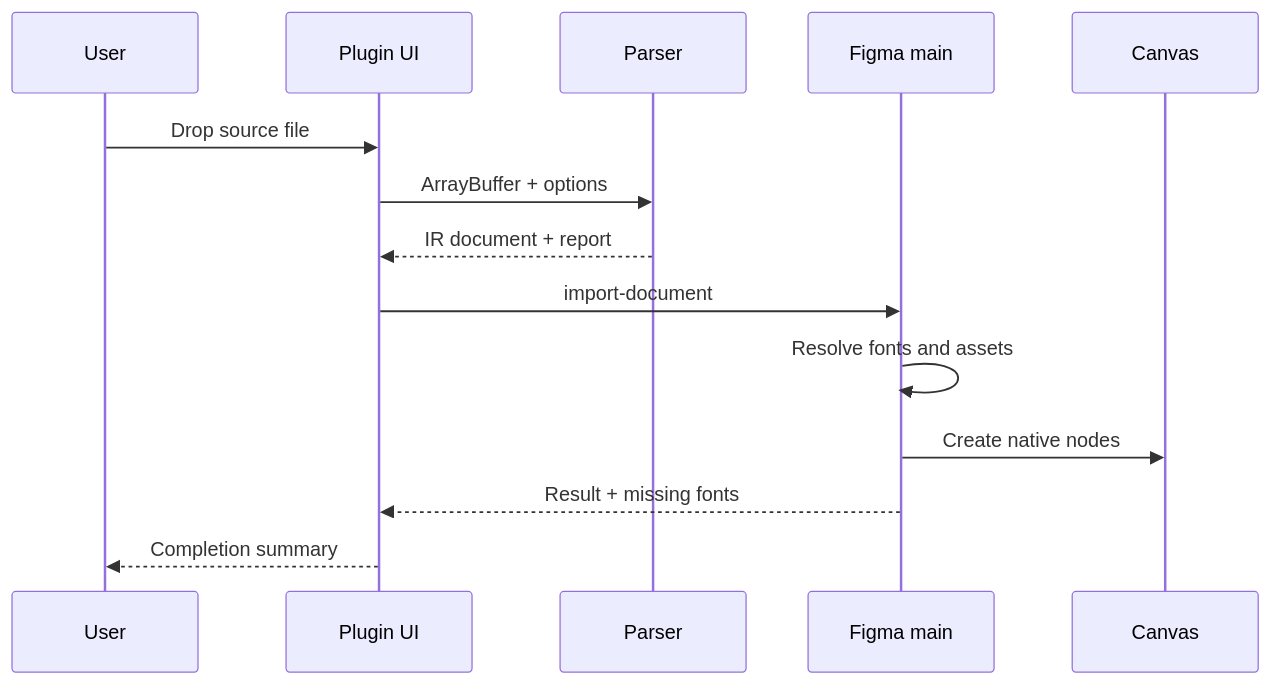
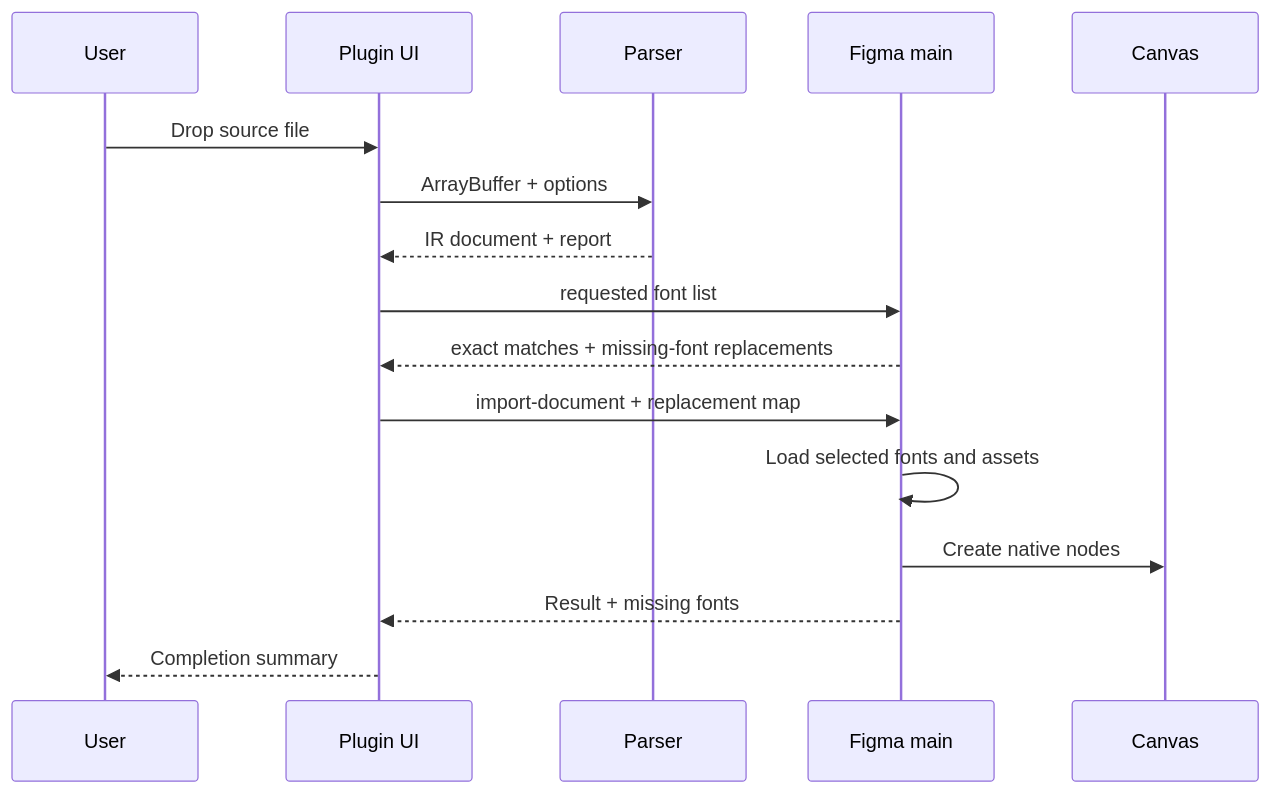
The second of 2 diagrams in docs/architecture.md (FishXIN/easy-to-figma), drawn with Mermaid before and after one commit. The commit also changed other lines of this file and 24 other files, not shown here.

````diff
--- a/docs/architecture.md
+++ b/docs/architecture.md
@@ -55,17 +56,19 @@
 ```mermaid
 sequenceDiagram
   participant U as User
   participant UI as Plugin UI
   participant P as Parser
   participant M as Figma main
   participant C as Canvas
 
   U->>UI: Drop source file
   UI->>P: ArrayBuffer + options
   P-->>UI: IR document + report
-  UI->>M: import-document
-  M->>M: Resolve fonts and assets
+  UI->>M: requested font list
+  M-->>UI: exact matches + missing-font replacements
+  UI->>M: import-document + replacement map
+  M->>M: Load selected fonts and assets
   M->>C: Create native nodes
   M-->>UI: Result + missing fonts
   UI-->>U: Completion summary
 ```
````
